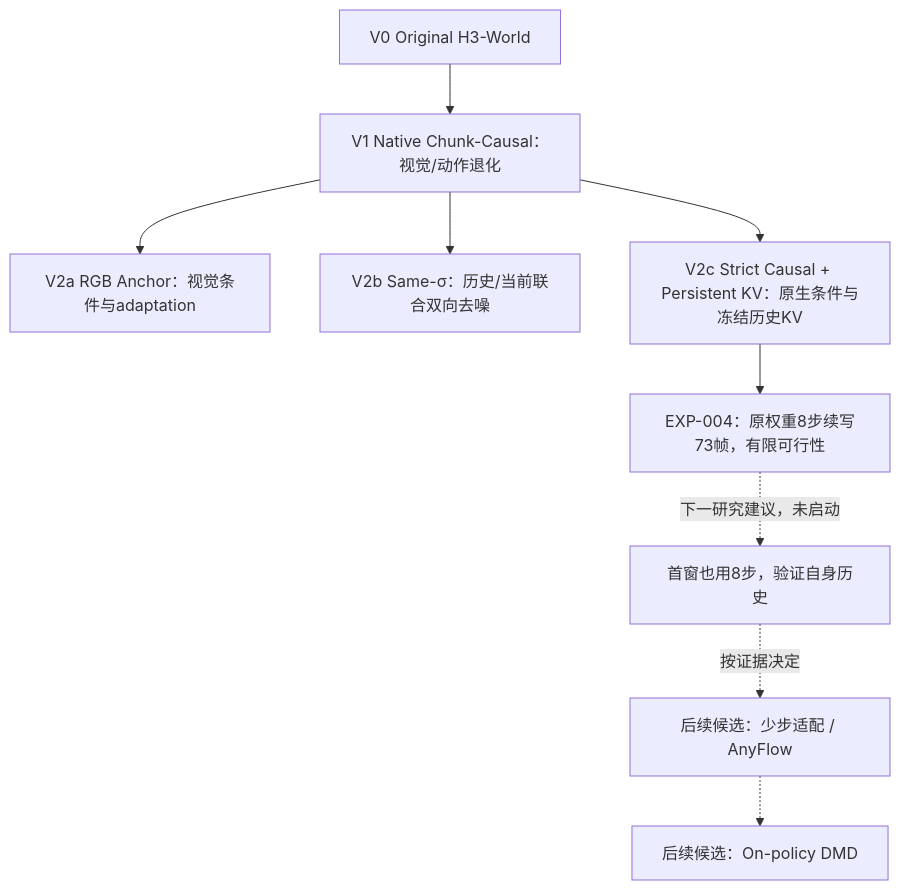
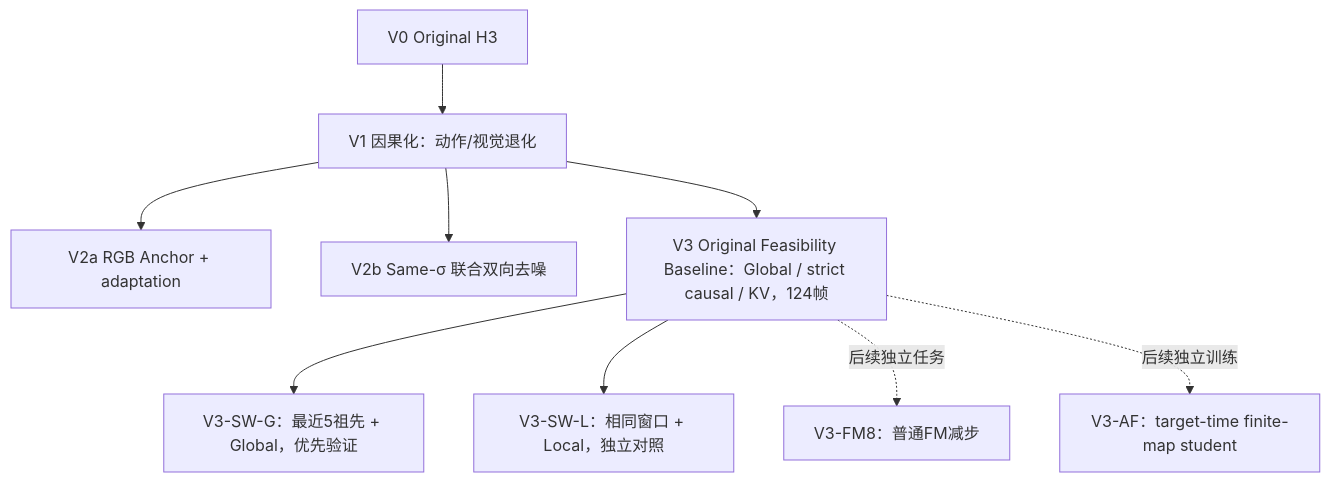
Before and after one commit to alexmqth/H3-SolarWM: the diagram in report/roadmap.md, drawn with Mermaid. The commit also changed other lines of this file and 183 other files, not shown here.

````diff
--- a/report/roadmap.md
+++ b/report/roadmap.md
@@ -5,11 +3,11 @@
 ```mermaid
 flowchart TD
-    V0["V0 Original H3-World"] --> V1["V1 Native Chunk-Causal：视觉/动作退化"]
-    V1 --> V2a["V2a RGB Anchor：视觉条件与adaptation"]
-    V1 --> V2b["V2b Same-σ：历史/当前联合双向去噪"]
-    V1 --> V2c["V2c Strict Causal + Persistent KV：原生条件与冻结历史KV"]
-    V2c --> E4["EXP-004：原权重8步续写73帧，有限可行性"]
-    E4 -. "下一研究建议，未启动" .-> N["首窗也用8步，验证自身历史"]
-    N -. "按证据决定" .-> AF["后续候选：少步适配 / AnyFlow"]
-    AF -.-> DMD["后续候选：On-policy DMD"]
+  V0["V0 Original H3"] --> V1["V1 因果化：动作/视觉退化"]
+  V1 --> V2a["V2a RGB Anchor + adaptation"]
+  V1 --> V2b["V2b Same-σ 联合双向去噪"]
+  V1 --> B["V3 Original Feasibility Baseline：Global / strict causal / KV，124帧"]
+  B --> G["V3-SW-G：最近5祖先 + Global，优先验证"]
+  B --> L["V3-SW-L：相同窗口 + Local，独立对照"]
+  B -. "后续独立任务" .-> FM["V3-FM8：普通FM减步"]
+  B -. "后续独立训练" .-> AF["V3-AF：target-time finite-map student"]
 ```
````
